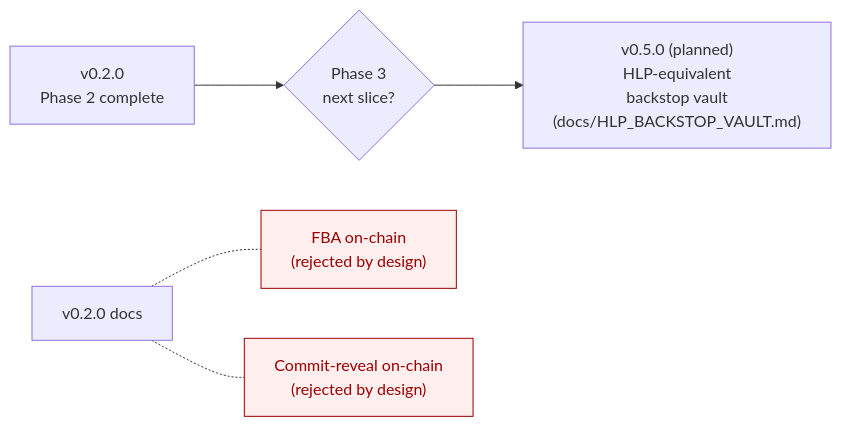
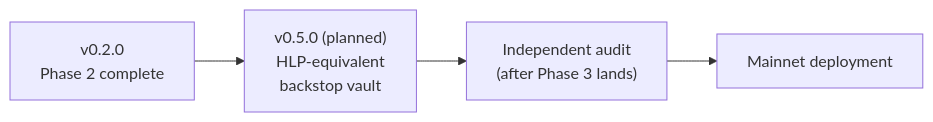
One commit to Abdr007/flash-book changed the seventh of 8 diagrams in docs/DIAGRAMS.md. Above: the diagram before and after it, drawn with Mermaid. The commit also changed other lines of this file and 11 other files, not shown here.

````diff
--- a/docs/DIAGRAMS.md
+++ b/docs/DIAGRAMS.md
@@ -198,12 +199,6 @@
 ```mermaid
 flowchart LR
-    v02["v0.2.0<br/>Phase 2 complete"] --> v05_choice{"Phase 3<br/>next slice?"}
-    v05_choice --> hlp["v0.5.0 (planned)<br/>HLP-equivalent<br/>backstop vault<br/>(docs/HLP_BACKSTOP_VAULT.md)"]
-
-    classDef rejected fill:#fee,stroke:#900,color:#900
-    fba["FBA on-chain<br/>(rejected by design)"]:::rejected
-    cr["Commit-reveal on-chain<br/>(rejected by design)"]:::rejected
-
-    v0_2["v0.2.0 docs"] -.- fba
-    v0_2 -.- cr
+    v02["v0.2.0<br/>Phase 2 complete"] --> v05["v0.5.0 (planned)<br/>HLP-equivalent<br/>backstop vault"]
+    v05 --> audit["Independent audit<br/>(after Phase 3 lands)"]
+    audit --> mainnet["Mainnet deployment"]
 ```
````
